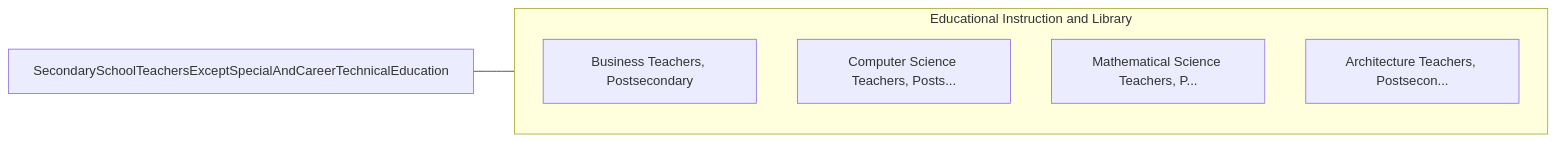
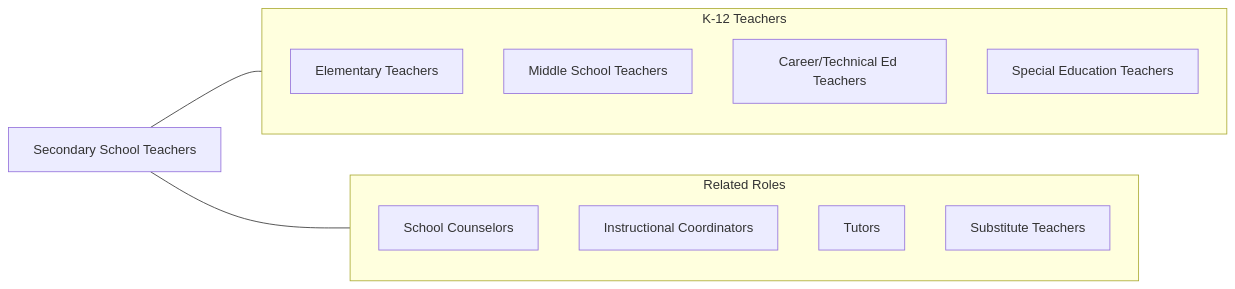
One commit to kziemski/business.org.ai changed the fourth of 4 diagrams in occupations/Education/SecondarySchoolTeachersExceptSpecialAndCareerTechnicalEducation.mdx. Above: the diagram before and after it, drawn with Mermaid. The commit also changed other lines of this file and 938 other files, not shown here.

````diff
--- a/occupations/Education/SecondarySchoolTeachersExceptSpecialAndCareerTechnicalEducation.mdx
+++ b/occupations/Education/SecondarySchoolTeachersExceptSpecialAndCareerTechnicalEducation.mdx
@@ -89,13 +179,21 @@
 ```mermaid
 graph LR
-    Current["SecondarySchoolTeachersExceptSpecialAndCareerTechnicalEducation"]
+    Current["Secondary School Teachers"]
 
-    subgraph SameCategory["Educational Instruction and Library"]
-        BusinessTeachersPost["Business Teachers, Postsecondary"]
-        ComputerScienceTeach["Computer Science Teachers, Posts..."]
-        MathematicalScienceT["Mathematical Science Teachers, P..."]
-        ArchitectureTeachers["Architecture Teachers, Postsecon..."]
+    subgraph SameCategory["K-12 Teachers"]
+        Elementary["Elementary Teachers"]
+        Middle["Middle School Teachers"]
+        CTE["Career/Technical Ed Teachers"]
+        SpEd["Special Education Teachers"]
+    end
+
+    subgraph CrossFunctional["Related Roles"]
+        Counselors["School Counselors"]
+        IC["Instructional Coordinators"]
+        Tutors["Tutors"]
+        Subs["Substitute Teachers"]
     end
 
     Current --- SameCategory
+    Current --- CrossFunctional
 ```
````
